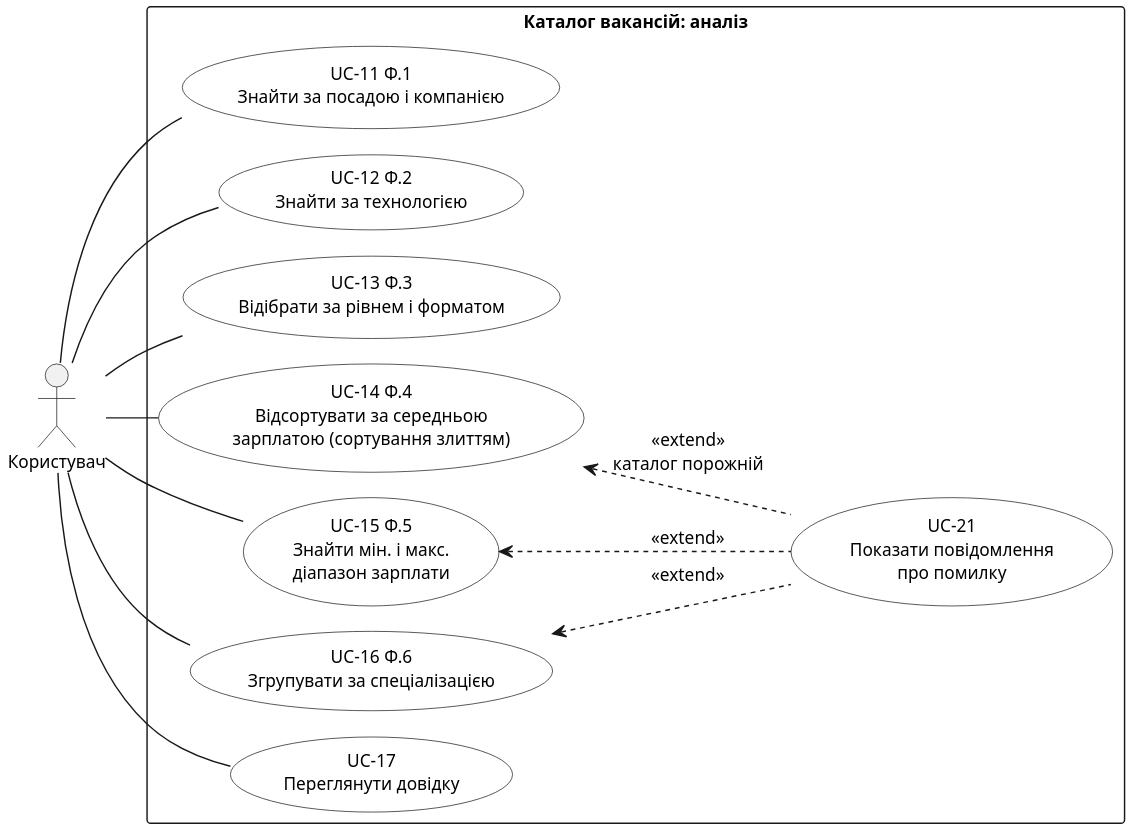
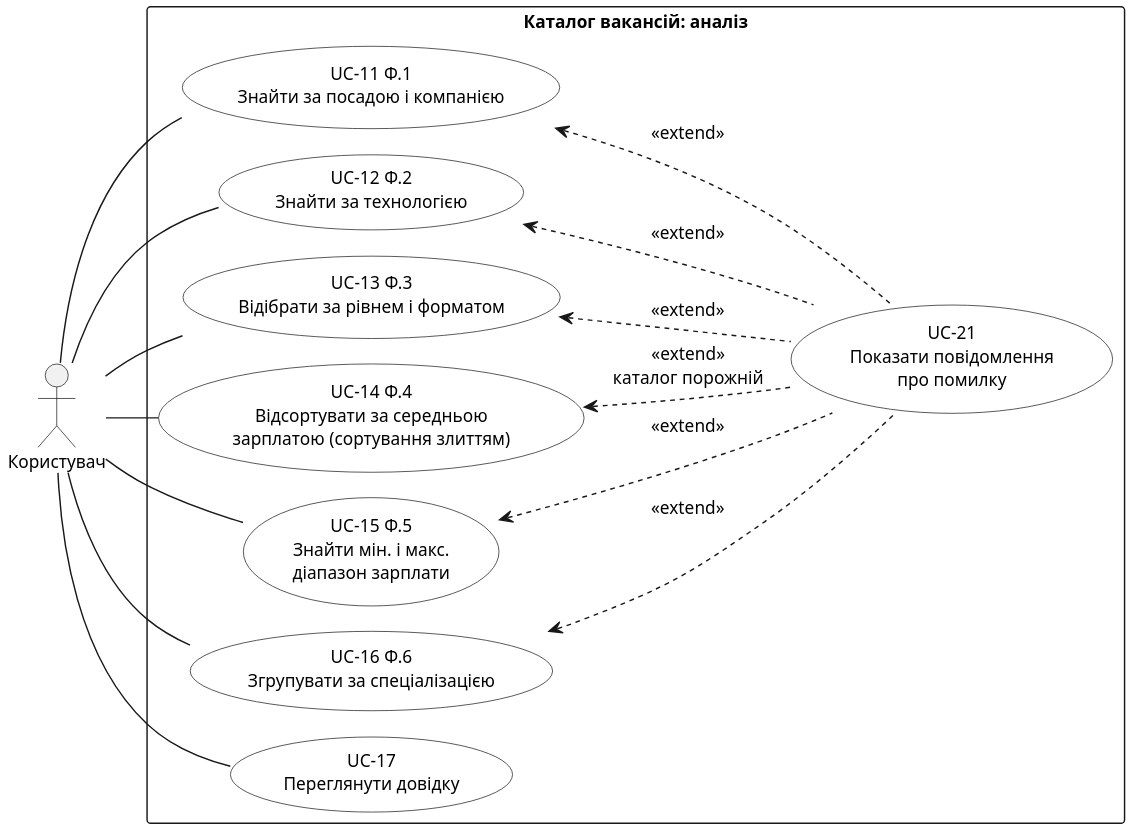
Before and after one commit to goosedum/kursova-1: the diagram in docs/uml/1-use-cases/4-analysis-and-help.puml, drawn with PlantUML. The commit also changed 8 other files, not shown here.

Commit message:
Етап 7.5: діаграми UML для звіту — без службових позначок, extend для функцій 1–3

```diff
--- a/docs/uml/1-use-cases/4-analysis-and-help.puml
+++ b/docs/uml/1-use-cases/4-analysis-and-help.puml
@@ -1,38 +1,42 @@
 @startuml
 ' Діаграма прецедентів — функції аналізу 1–6 і довідка (крок 3.1). Джерело — docs/analysis/04-use-cases.md, розділи 3–4.
 !pragma layout smetana
 skinparam monochrome true
 skinparam shadowing false
 skinparam defaultFontName Arial
 skinparam defaultFontSize 12
 skinparam dpi 200
 skinparam usecase {
   BackgroundColor white
 }
 left to right direction
 
 actor "Користувач" as User
 
 rectangle "Каталог вакансій: аналіз" {
   usecase "UC-11 Ф.1\nЗнайти за посадою і компанією" as UC11
   usecase "UC-12 Ф.2\nЗнайти за технологією" as UC12
   usecase "UC-13 Ф.3\nВідібрати за рівнем і форматом" as UC13
   usecase "UC-14 Ф.4\nВідсортувати за середньою\nзарплатою (сортування злиттям)" as UC14
   usecase "UC-15 Ф.5\nЗнайти мін. і макс.\nдіапазон зарплати" as UC15
   usecase "UC-16 Ф.6\nЗгрупувати за спеціалізацією" as UC16
   usecase "UC-17\nПереглянути довідку" as UC17
   usecase "UC-21\nПоказати повідомлення\nпро помилку" as UC21
 }
 
 User -- UC11
 User -- UC12
 User -- UC13
 User -- UC14
 User -- UC15
 User -- UC16
 User -- UC17
 
+' Будь-яка з функцій 1–6 на порожньому каталозі → алерт «Каталог порожній» (D-38)
+UC11 <.. UC21 : <<extend>>
+UC12 <.. UC21 : <<extend>>
+UC13 <.. UC21 : <<extend>>
 UC14 <.. UC21 : <<extend>>\nкаталог порожній
 UC15 <.. UC21 : <<extend>>
 UC16 <.. UC21 : <<extend>>
 @enduml
```
